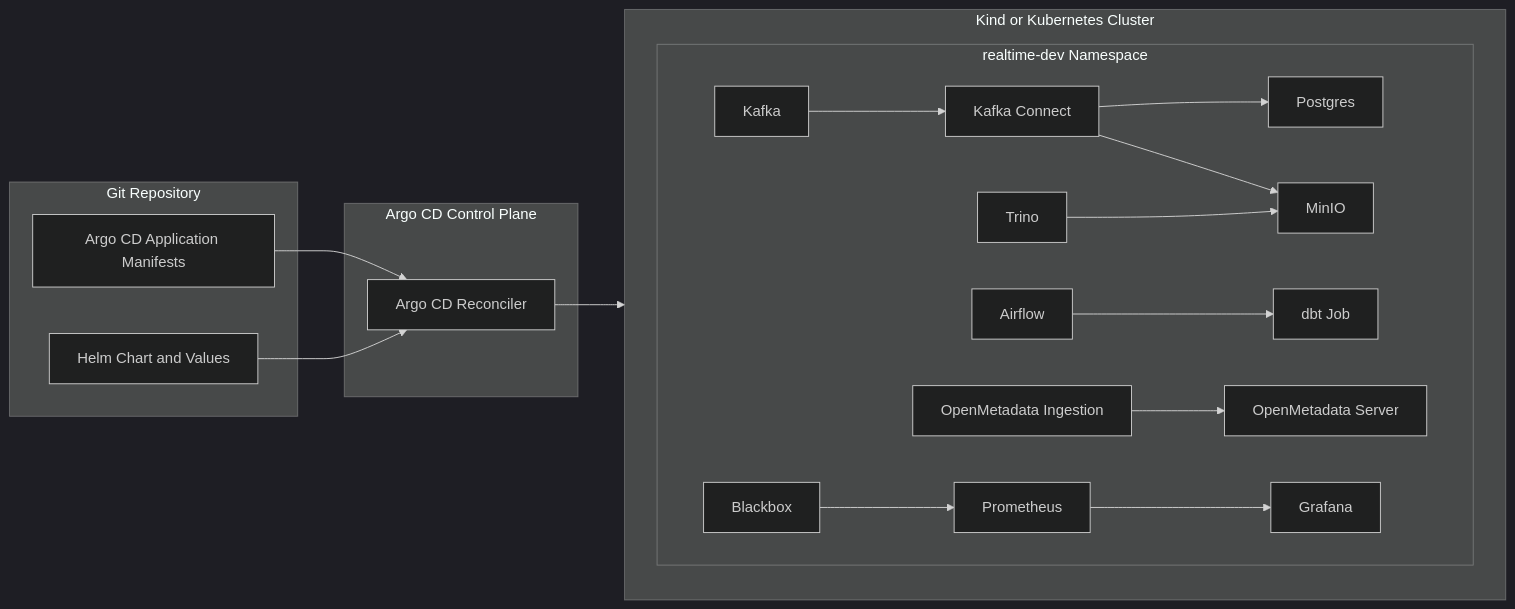
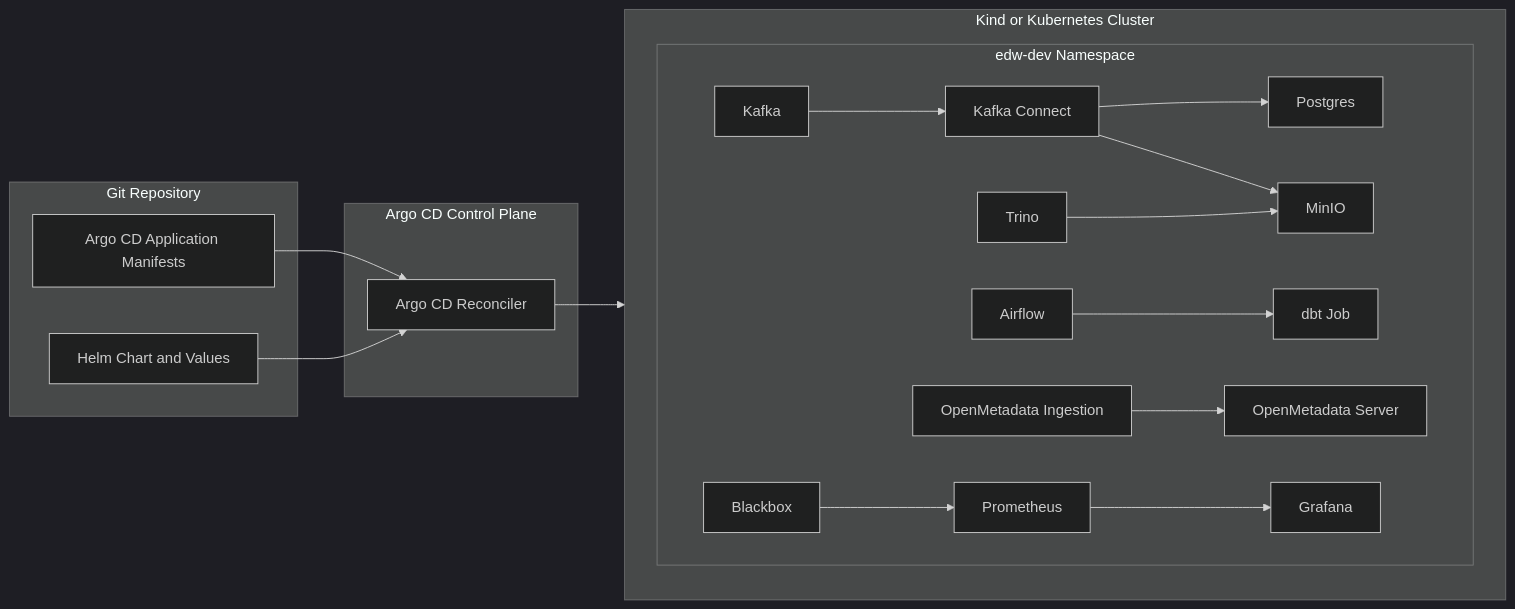
Before and after one commit to paulchen8206/Full-Stack-Modern-Data-Architecture-and-Engineering: the seventh of 9 diagrams in docs/architecture.md, drawn with Mermaid (dark theme). The commit also changed other lines of this file and 27 other files, not shown here.

````diff
--- a/docs/architecture.md
+++ b/docs/architecture.md
@@ -713,40 +713,40 @@
 ```mermaid
 flowchart LR
   subgraph Git[Git Repository]
     CH[Helm Chart and Values]
     APP[Argo CD Application Manifests]
   end
 
   subgraph Argo[Argo CD Control Plane]
     ARGO[Argo CD Reconciler]
   end
 
   subgraph K8S[Kind or Kubernetes Cluster]
-    subgraph NS[realtime-dev Namespace]
+    subgraph NS[edw-dev Namespace]
       KAFKA[Kafka]
       CONNECT[Kafka Connect]
       TRINO[Trino]
       POSTGRES[Postgres]
       MINIO[MinIO]
       AIRFLOW[Airflow]
       DBT[dbt Job]
       OPM[OpenMetadata Server]
       OMI[OpenMetadata Ingestion]
       PROM[Prometheus]
       GRAF[Grafana]
       BBX[Blackbox]
     end
   end
 
   APP --> ARGO
   CH --> ARGO
   ARGO --> K8S
   KAFKA --> CONNECT
   CONNECT --> POSTGRES
   CONNECT --> MINIO
   TRINO --> MINIO
   AIRFLOW --> DBT
   OMI --> OPM
   PROM --> GRAF
   BBX --> PROM
 ```
````
